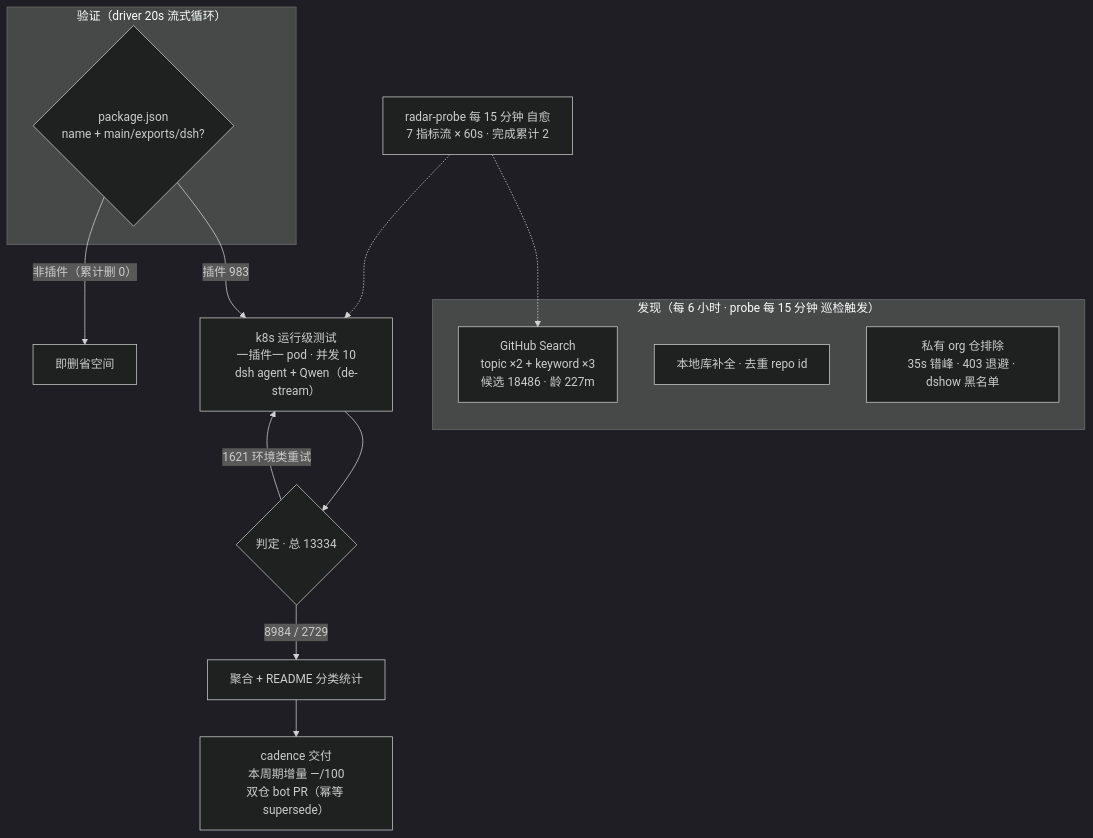
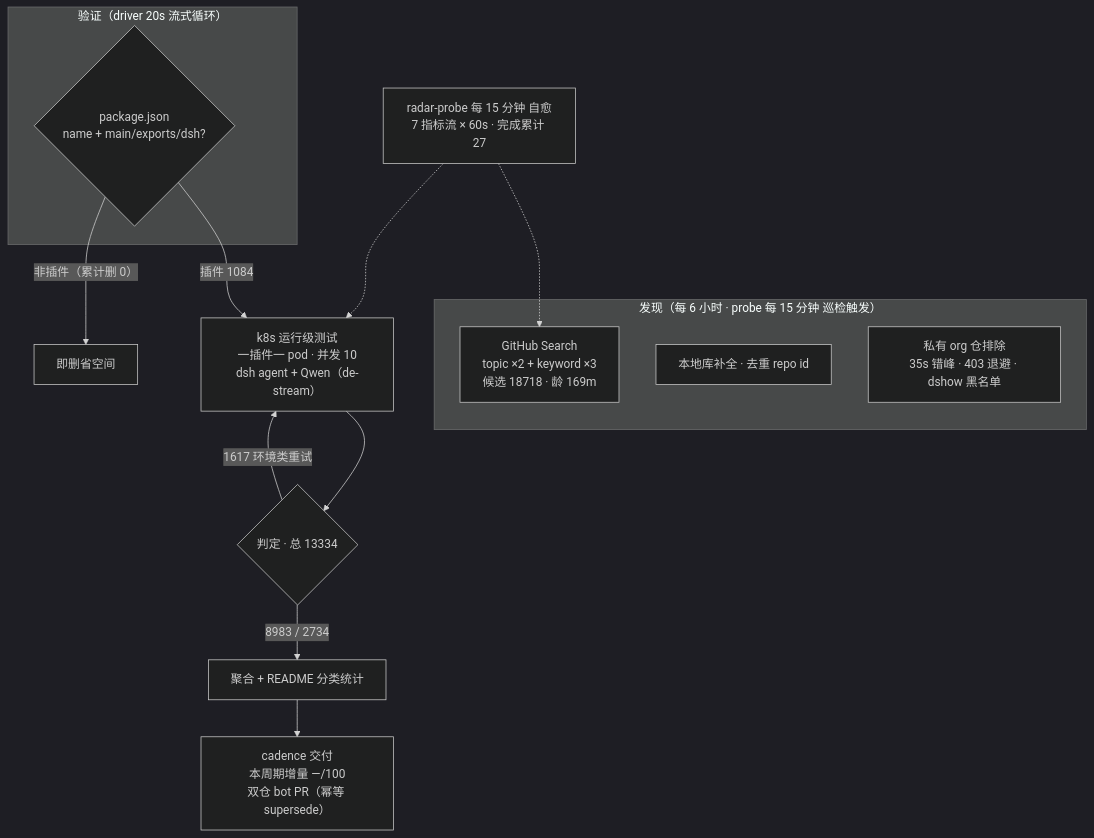
One commit to Zhidao-Lab-OSS/awesome-dsh-plugins changed the diagram in README.md. Above: the diagram before and after it, drawn with Mermaid (dark theme). The commit also changed other lines of this file and 1 other file, not shown here.

````diff
--- a/README.md
+++ b/README.md
@@ -52,20 +52,20 @@
 ```mermaid
 flowchart TB
     subgraph Discovery["发现（每 6 小时 · probe 每 15 分钟 巡检触发）"]
-        A1["GitHub Search<br/>topic ×2 + keyword ×3<br/>候选 18486 · 龄 227m"]
+        A1["GitHub Search<br/>topic ×2 + keyword ×3<br/>候选 18718 · 龄 169m"]
         A2["本地库补全 · 去重 repo id"]
         A3["私有 org 仓排除<br/>35s 错峰 · 403 退避 · dshow 黑名单"]
     end
     subgraph Validation["验证（driver 20s 流式循环）"]
         B1{"package.json<br/>name + main/exports/dsh?"}
     end
-    B1 -->|"插件 983"| C1["k8s 运行级测试<br/>一插件一 pod · 并发 10<br/>dsh agent + Qwen（de-stream）"]
+    B1 -->|"插件 1084"| C1["k8s 运行级测试<br/>一插件一 pod · 并发 10<br/>dsh agent + Qwen（de-stream）"]
     B1 -->|"非插件（累计删 0）"| B3["即删省空间"]
     C1 --> D1{"判定 · 总 13334"}
-    D1 -->|"8984 / 2729"| E1["聚合 + README 分类统计"]
-    D1 -->|"1621 环境类重试"| C1
+    D1 -->|"8983 / 2734"| E1["聚合 + README 分类统计"]
+    D1 -->|"1617 环境类重试"| C1
     E1 --> E2["cadence 交付<br/>本周期增量 —/100<br/>双仓 bot PR（幂等 supersede）"]
-    M["radar-probe 每 15 分钟 自愈<br/>7 指标流 × 60s · 完成累计 2"]
+    M["radar-probe 每 15 分钟 自愈<br/>7 指标流 × 60s · 完成累计 27"]
     M -.-> A1
     M -.-> C1
 ```
````
